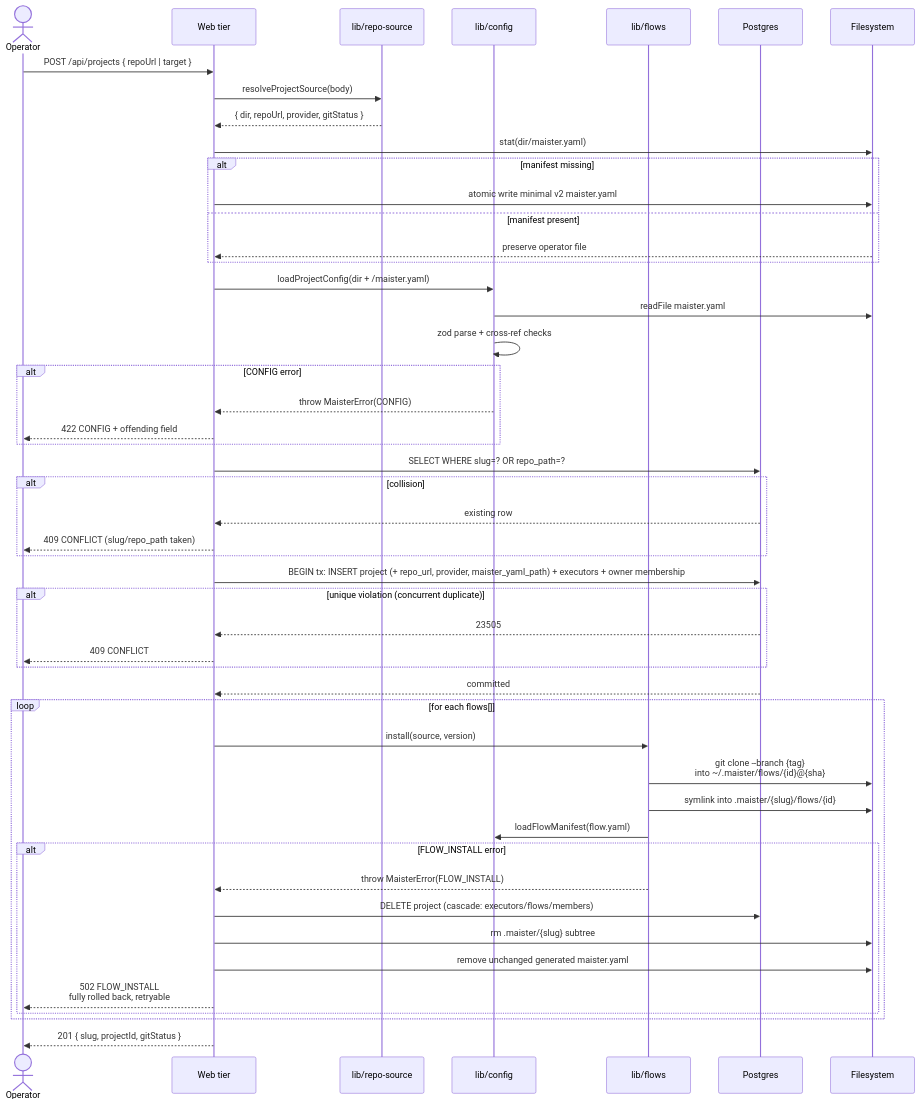
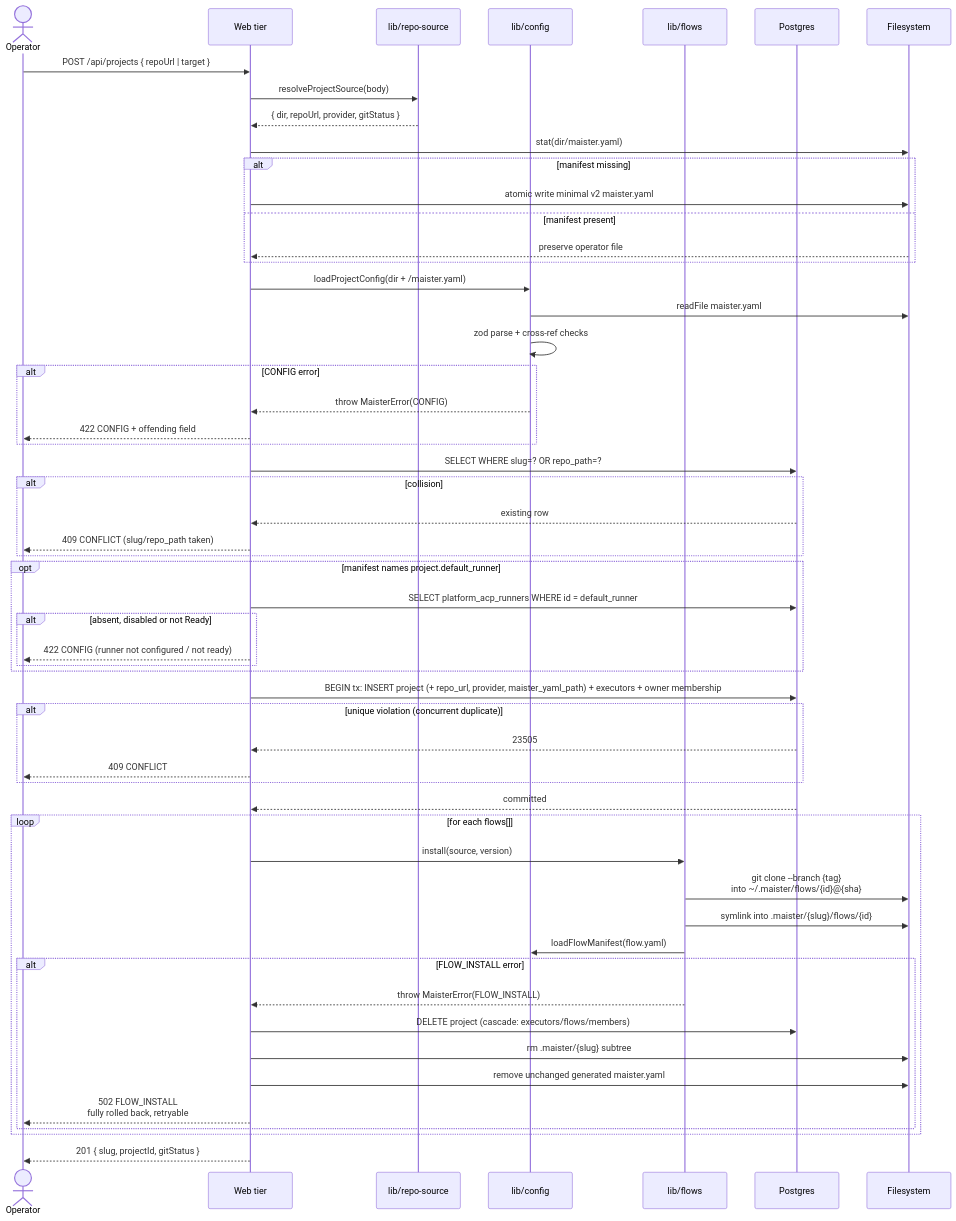
One commit to maister-dev/maister changed the fourth of 5 diagrams in docs/system-analytics/projects.md. Above: the diagram before and after it, drawn with Mermaid. The commit also changed 3 other files, not shown here.

First line of the commit message:
docs: state the default_runner prerequisite for project registration

````diff
--- a/docs/system-analytics/projects.md
+++ b/docs/system-analytics/projects.md
@@ -173,52 +173,58 @@
 ```mermaid
 sequenceDiagram
     actor U as Operator
     participant W as Web tier
     participant RS as lib/repo-source
     participant CFG as lib/config
     participant FL as lib/flows
     participant DB as Postgres
     participant FS as Filesystem
 
     U->>W: POST /api/projects { repoUrl | target }
     W->>RS: resolveProjectSource(body)
     RS-->>W: { dir, repoUrl, provider, gitStatus }
     W->>FS: stat(dir/maister.yaml)
     alt manifest missing
         W->>FS: atomic write minimal v2 maister.yaml
     else manifest present
         FS-->>W: preserve operator file
     end
     W->>CFG: loadProjectConfig(dir + /maister.yaml)
     CFG->>FS: readFile maister.yaml
     CFG->>CFG: zod parse + cross-ref checks
     alt CONFIG error
         CFG-->>W: throw MaisterError(CONFIG)
         W-->>U: 422 CONFIG + offending field
     end
     W->>DB: SELECT WHERE slug=? OR repo_path=?
     alt collision
         DB-->>W: existing row
         W-->>U: 409 CONFLICT (slug/repo_path taken)
     end
+    opt manifest names project.default_runner
+        W->>DB: SELECT platform_acp_runners WHERE id = default_runner
+        alt absent, disabled or not Ready
+            W-->>U: 422 CONFIG (runner not configured / not ready)
+        end
+    end
     W->>DB: BEGIN tx: INSERT project (+ repo_url, provider, maister_yaml_path) + executors + owner membership
     alt unique violation (concurrent duplicate)
         DB-->>W: 23505
         W-->>U: 409 CONFLICT
     end
     DB-->>W: committed
     loop for each flows[]
         W->>FL: install(source, version)
         FL->>FS: git clone --branch {tag}<br/>into ~/.maister/flows/{id}@{sha}
         FL->>FS: symlink into .maister/{slug}/flows/{id}
         FL->>CFG: loadFlowManifest(flow.yaml)
         alt FLOW_INSTALL error
             FL-->>W: throw MaisterError(FLOW_INSTALL)
             W->>DB: DELETE project (cascade: executors/flows/members)
             W->>FS: rm .maister/{slug} subtree
             W->>FS: remove unchanged generated maister.yaml
             W-->>U: 502 FLOW_INSTALL<br/>fully rolled back, retryable
         end
     end
     W-->>U: 201 { slug, projectId, gitStatus }
 ```
````
